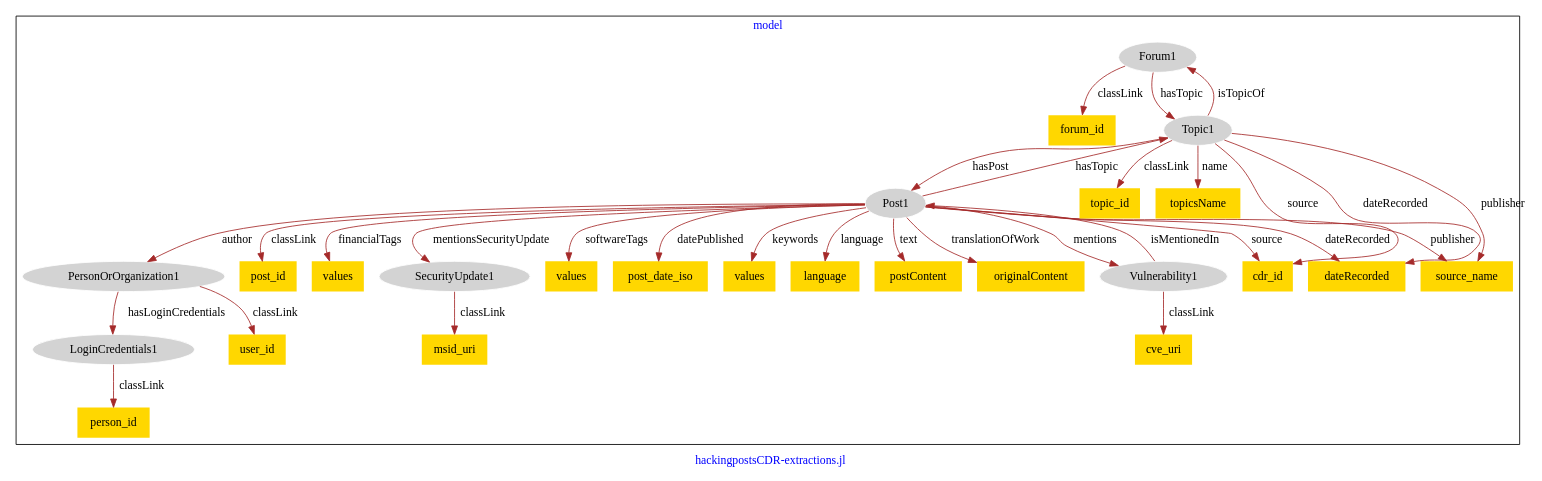
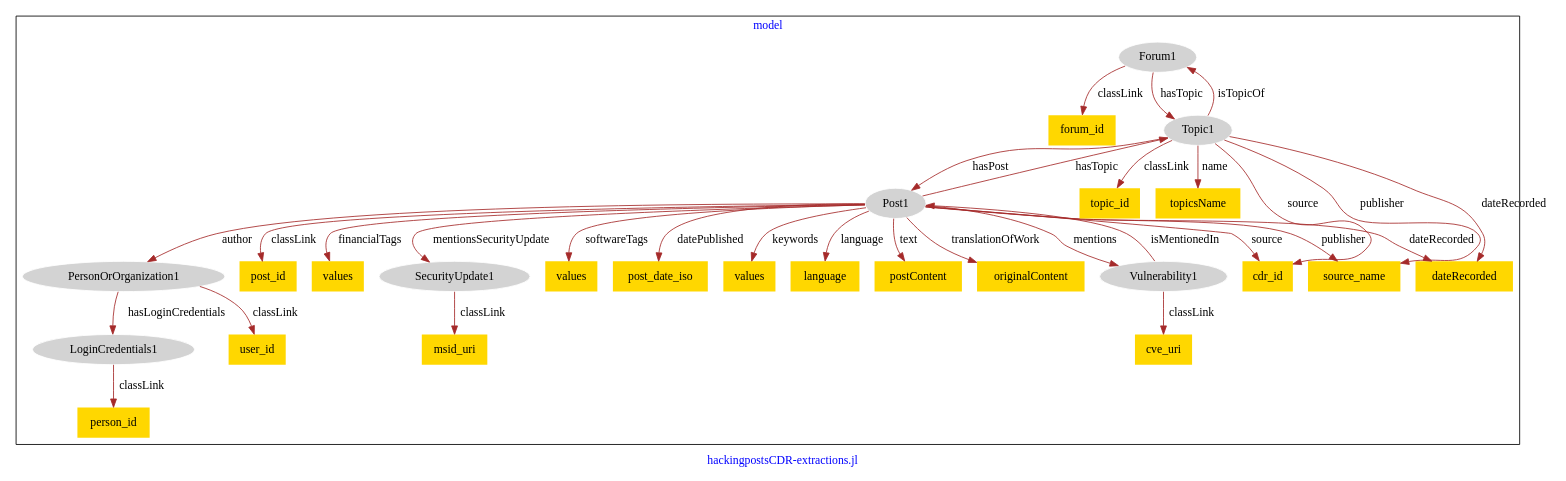
One commit to usc-isi-i2/effect-alignment changed the diagram in models/asu-hacking-posts/hacking_posts-model.dot. Above: the diagram before and after it, drawn with Graphviz.

Commit message:
Update file hacking_posts-model.dot

```diff
--- a/models/asu-hacking-posts/hacking_posts-model.dot
+++ b/models/asu-hacking-posts/hacking_posts-model.dot
@@ -1,63 +1,63 @@
 digraph n0 {
 fontcolor="blue"
 remincross="true"
 label="hackingpostsCDR-extractions.jl"
 subgraph cluster {
 label="model"
 n2[style="filled",color="white",fillcolor="lightgray",label="Forum1"];
 n3[shape="plaintext",style="filled",fillcolor="gold",label="forum_id"];
 n4[style="filled",color="white",fillcolor="lightgray",label="LoginCredentials1"];
 n5[shape="plaintext",style="filled",fillcolor="gold",label="person_id"];
 n6[style="filled",color="white",fillcolor="lightgray",label="PersonOrOrganization1"];
 n7[shape="plaintext",style="filled",fillcolor="gold",label="user_id"];
 n8[style="filled",color="white",fillcolor="lightgray",label="Post1"];
 n9[shape="plaintext",style="filled",fillcolor="gold",label="post_id"];
 n10[shape="plaintext",style="filled",fillcolor="gold",label="values"];
 n11[style="filled",color="white",fillcolor="lightgray",label="SecurityUpdate1"];
 n12[shape="plaintext",style="filled",fillcolor="gold",label="values"];
 n13[shape="plaintext",style="filled",fillcolor="gold",label="post_date_iso"];
 n14[shape="plaintext",style="filled",fillcolor="gold",label="values"];
 n15[shape="plaintext",style="filled",fillcolor="gold",label="language"];
 n16[shape="plaintext",style="filled",fillcolor="gold",label="postContent"];
 n17[shape="plaintext",style="filled",fillcolor="gold",label="originalContent"];
 n18[shape="plaintext",style="filled",fillcolor="gold",label="msid_uri"];
 n19[style="filled",color="white",fillcolor="lightgray",label="Topic1"];
 n20[shape="plaintext",style="filled",fillcolor="gold",label="topic_id"];
 n21[shape="plaintext",style="filled",fillcolor="gold",label="topicsName"];
 n22[shape="plaintext",style="filled",fillcolor="gold",label="cdr_id"];
 n23[style="filled",color="white",fillcolor="lightgray",label="Vulnerability1"];
 n24[shape="plaintext",style="filled",fillcolor="gold",label="cve_uri"];
-n25[shape="plaintext",style="filled",fillcolor="gold",label="dateRecorded"];
-n26[shape="plaintext",style="filled",fillcolor="gold",label="source_name"];
+n25[shape="plaintext",style="filled",fillcolor="gold",label="source_name"];
+n26[shape="plaintext",style="filled",fillcolor="gold",label="dateRecorded"];
 }
 n2 -> n3[color="brown",fontcolor="black",label="classLink"]
 n4 -> n5[color="brown",fontcolor="black",label="classLink"]
 n6 -> n7[color="brown",fontcolor="black",label="classLink"]
 n8 -> n9[color="brown",fontcolor="black",label="classLink"]
 n8 -> n10[color="brown",fontcolor="black",label="financialTags"]
 n8 -> n11[color="brown",fontcolor="black",label="mentionsSecurityUpdate"]
 n8 -> n12[color="brown",fontcolor="black",label="softwareTags"]
 n8 -> n13[color="brown",fontcolor="black",label="datePublished"]
 n8 -> n14[color="brown",fontcolor="black",label="keywords"]
 n8 -> n15[color="brown",fontcolor="black",label="language"]
 n8 -> n16[color="brown",fontcolor="black",label="text"]
 n8 -> n17[color="brown",fontcolor="black",label="translationOfWork"]
 n11 -> n18[color="brown",fontcolor="black",label="classLink"]
 n19 -> n20[color="brown",fontcolor="black",label="classLink"]
 n19 -> n21[color="brown",fontcolor="black",label="name"]
 n19 -> n22[color="brown",fontcolor="black",label="source"]
 n23 -> n24[color="brown",fontcolor="black",label="classLink"]
-n8 -> n25[color="brown",fontcolor="black",label="dateRecorded"]
 n8 -> n19[color="brown",fontcolor="black",label="hasTopic"]
 n6 -> n4[color="brown",fontcolor="black",label="hasLoginCredentials"]
+n8 -> n25[color="brown",fontcolor="black",label="publisher"]
 n8 -> n6[color="brown",fontcolor="black",label="author"]
-n8 -> n22[color="brown",fontcolor="black",label="source"]
+n8 -> n26[color="brown",fontcolor="black",label="dateRecorded"]
 n19 -> n8[color="brown",fontcolor="black",label="hasPost"]
 n23 -> n8[color="brown",fontcolor="black",label="isMentionedIn"]
-n19 -> n26[color="brown",fontcolor="black",label="publisher"]
 n19 -> n2[color="brown",fontcolor="black",label="isTopicOf"]
-n19 -> n25[color="brown",fontcolor="black",label="dateRecorded"]
+n19 -> n25[color="brown",fontcolor="black",label="publisher"]
 n2 -> n19[color="brown",fontcolor="black",label="hasTopic"]
 n8 -> n23[color="brown",fontcolor="black",label="mentions"]
-n8 -> n26[color="brown",fontcolor="black",label="publisher"]
+n19 -> n26[color="brown",fontcolor="black",label="dateRecorded"]
+n8 -> n22[color="brown",fontcolor="black",label="source"]
 }
```
